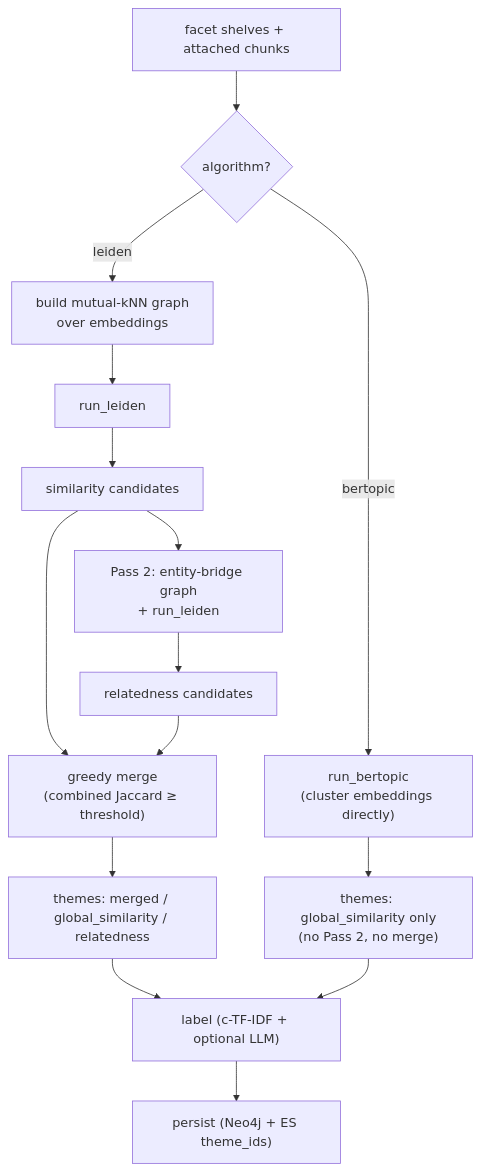
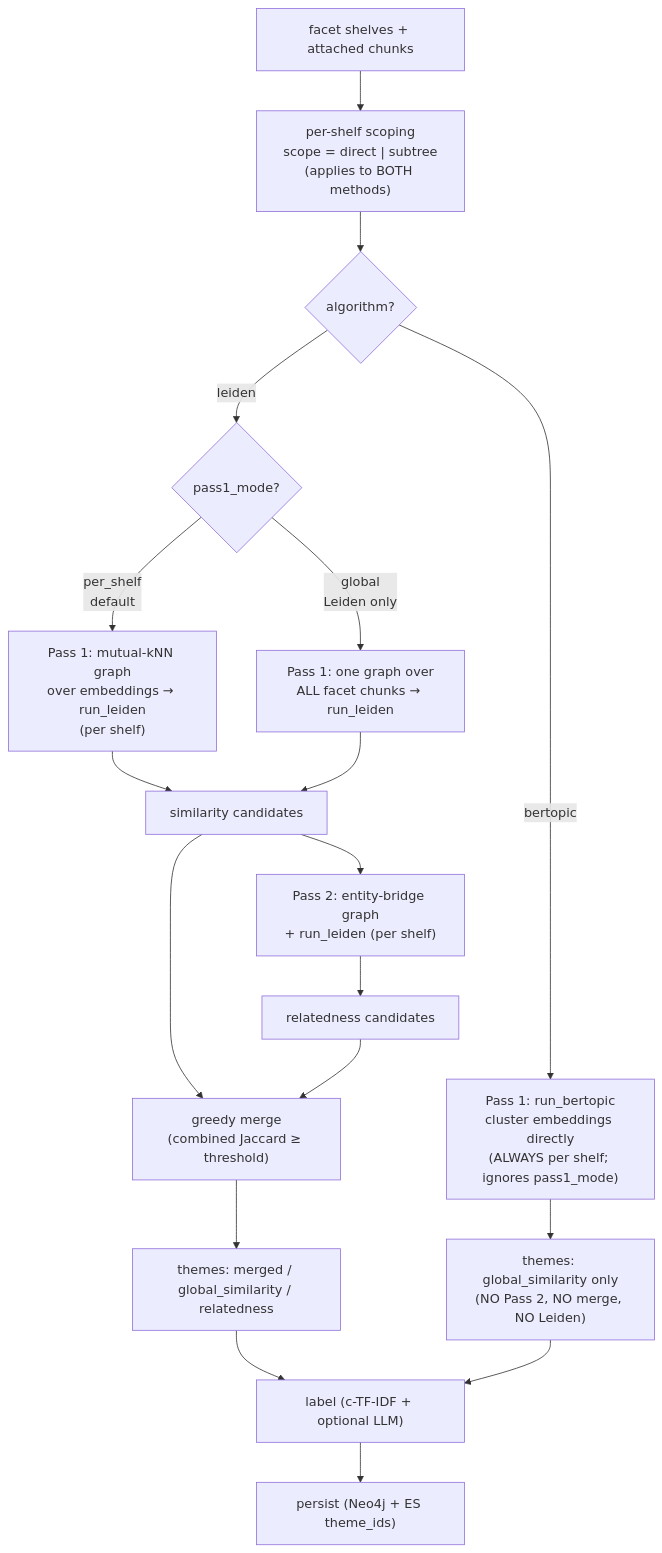
One commit to wisefood/foodscholar-lib changed the first of 7 diagrams in docs/methods_layer_b_c_brief.md. Above: the diagram before and after it, drawn with Mermaid. The commit also changed other lines of this file and 5 other files, not shown here.

First line of the commit message:
feat(layer-b): shared scope knob + gate bertopic, single-pass made structural

````diff
--- a/docs/methods_layer_b_c_brief.md
+++ b/docs/methods_layer_b_c_brief.md
@@ -33,12 +33,23 @@
 ```mermaid
 flowchart TD
-    A["facet shelves + attached chunks"] --> P1{"algorithm?"}
-    P1 -->|leiden| LG["build mutual-kNN graph<br/>over embeddings"] --> LL["run_leiden"] --> SC["similarity candidates"]
-    SC --> P2["Pass 2: entity-bridge graph<br/>+ run_leiden"] --> RC["relatedness candidates"]
+    A["facet shelves + attached chunks"] --> SCOPE["per-shelf scoping<br/>scope = direct | subtree<br/>(applies to BOTH methods)"]
+    SCOPE --> P1{"algorithm?"}
+
+    %% --- Leiden: two-pass + merge ---
+    P1 -->|leiden| PM{"pass1_mode?"}
+    PM -->|per_shelf<br/>default| LG["Pass 1: mutual-kNN graph<br/>over embeddings → run_leiden<br/>(per shelf)"]
+    PM -->|global<br/>Leiden only| LGG["Pass 1: one graph over<br/>ALL facet chunks → run_leiden"]
+    LG --> SC["similarity candidates"]
+    LGG --> SC
+    SC --> P2["Pass 2: entity-bridge graph<br/>+ run_leiden (per shelf)"] --> RC["relatedness candidates"]
     SC --> MG["greedy merge<br/>(combined Jaccard ≥ threshold)"]
     RC --> MG
     MG --> TH1["themes: merged / global_similarity / relatedness"]
-    P1 -->|bertopic| BT["run_bertopic<br/>(cluster embeddings directly)"] --> TH2["themes: global_similarity only<br/>(no Pass 2, no merge)"]
+
+    %% --- BERTopic: single-pass, no Pass 2, no merge, always per-shelf ---
+    P1 -->|bertopic| BT["Pass 1: run_bertopic<br/>cluster embeddings directly<br/>(ALWAYS per shelf; ignores pass1_mode)"]
+    BT --> TH2["themes: global_similarity only<br/>(NO Pass 2, NO merge, NO Leiden)"]
+
     TH1 --> LBL["label (c-TF-IDF + optional LLM)"]
     TH2 --> LBL --> PER["persist (Neo4j + ES theme_ids)"]
 ```
````
